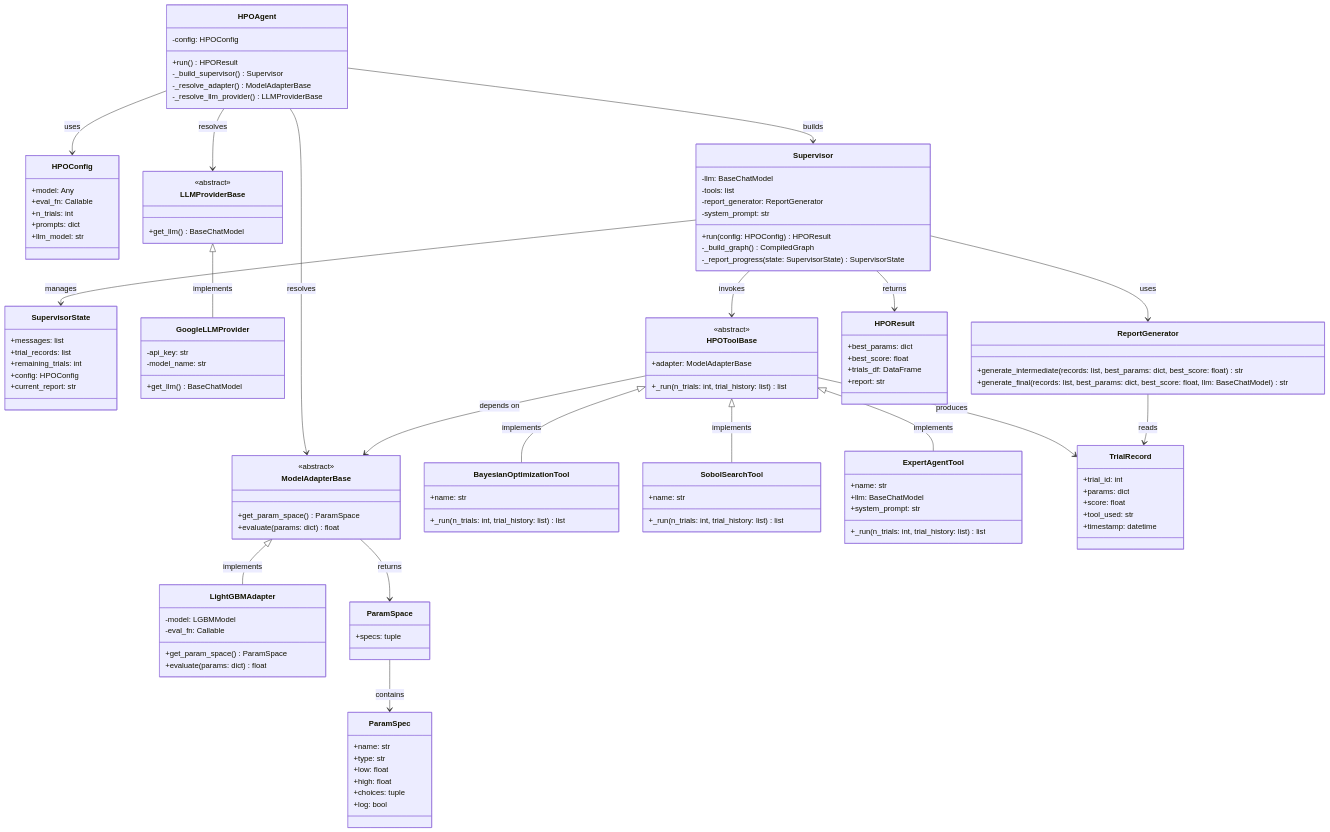
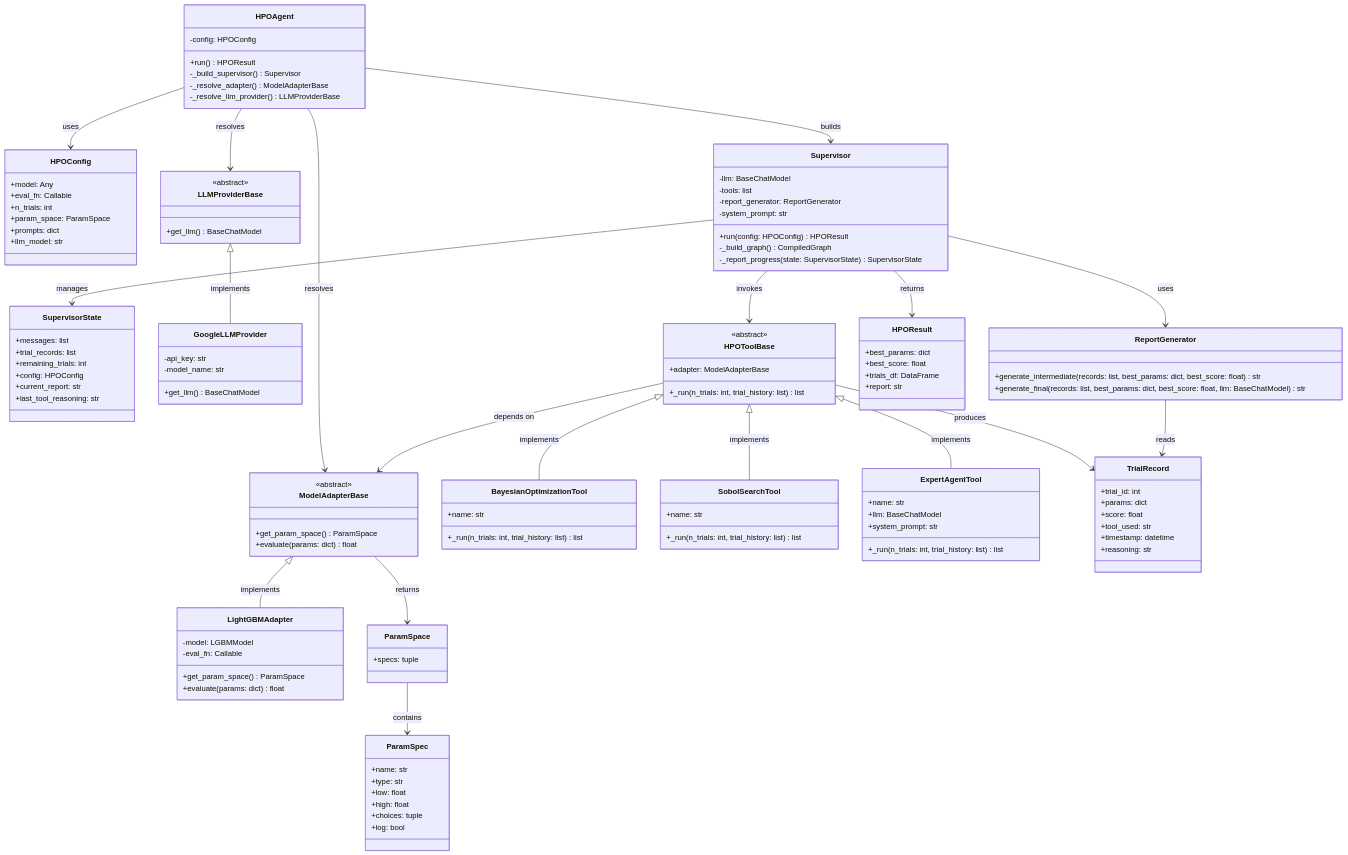
Before and after one commit to usha-takeshige/HPO-Agent: the third of 3 diagrams in doc/impl_design.md, drawn with Mermaid. The commit also changed other lines of this file and 3 other files, not shown here.

First line of the commit message:
docs: add AI reasoning output and user-specified param space to design docs #1

```diff
--- a/doc/impl_design.md
+++ b/doc/impl_design.md
@@ -573,6 +576,7 @@
         +model: Any
         +eval_fn: Callable
         +n_trials: int
+        +param_space: ParamSpace
         +prompts: dict
         +llm_model: str
     }
@@ -593,6 +597,7 @@
         +remaining_trials: int
         +config: HPOConfig
         +current_report: str
+        +last_tool_reasoning: str
     }
 
     class LLMProviderBase {
@@ -653,6 +658,7 @@
         +score: float
         +tool_used: str
         +timestamp: datetime
+        +reasoning: str
     }
 
     class HPOResult {
```
